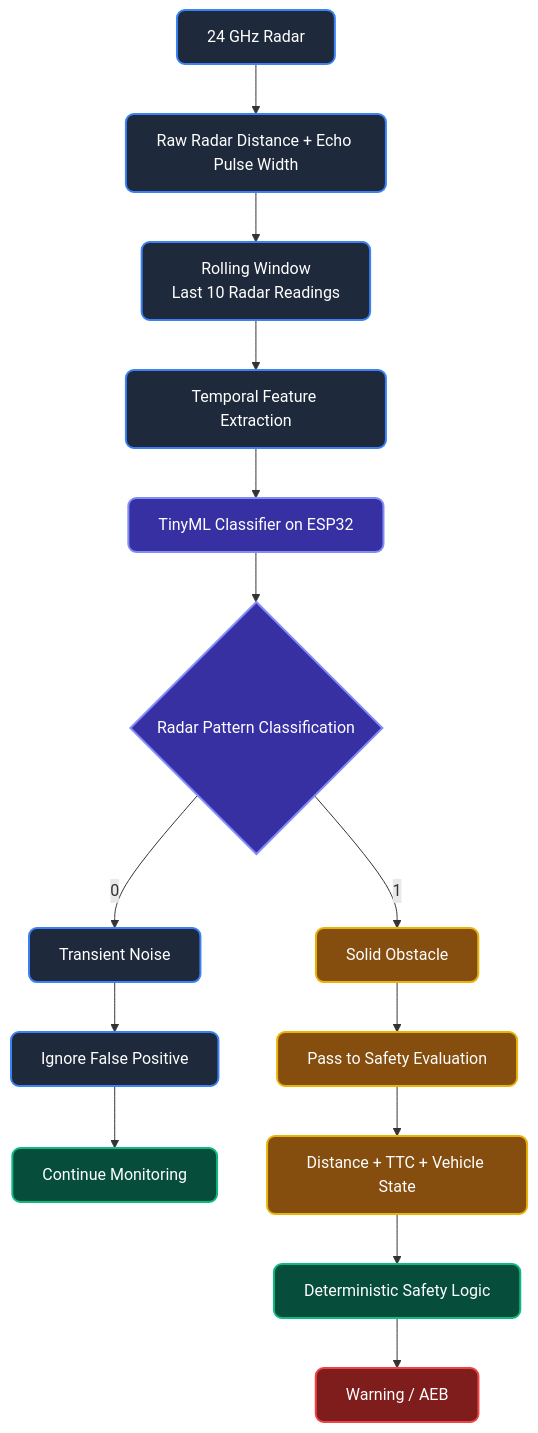
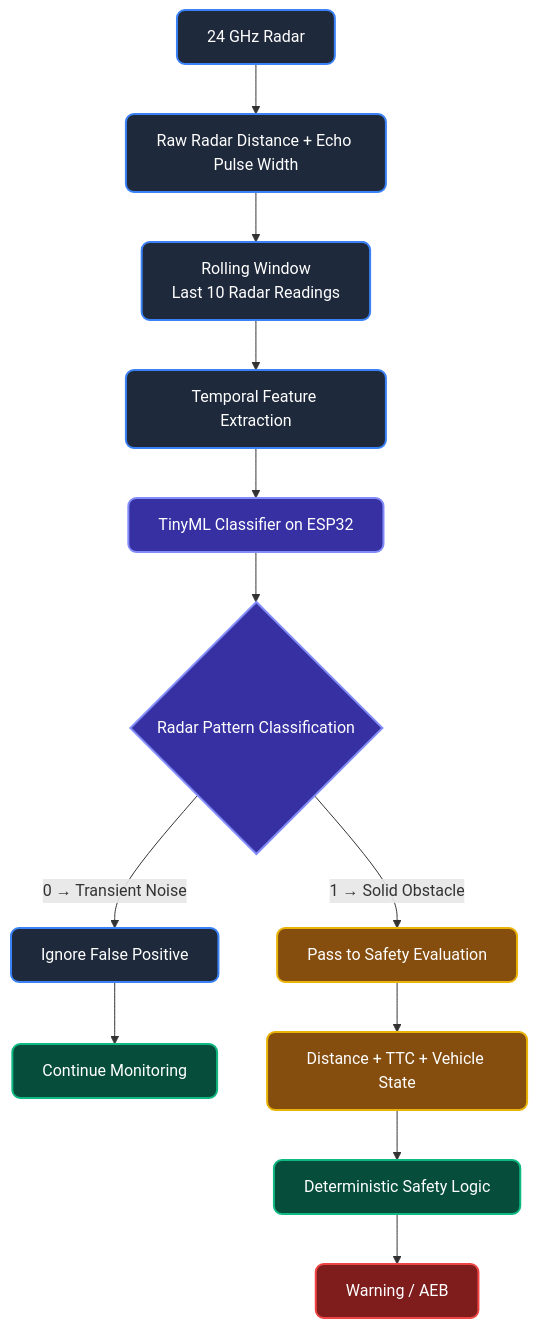
The third of 9 diagrams in AI_ML Integration/README.md (manasir747/Brainworks), drawn with Mermaid before and after one commit. The commit also changed other lines of this file, not shown here.

Commit message:
docs: update AI/ML architecture documentation with detailed Edge AI radar classification workflow

````diff
--- a/AI_ML Integration/README.md
+++ b/AI_ML Integration/README.md
@@ -43,25 +90,22 @@
 ```mermaid
 flowchart TD
     classDef normal fill:#1e293b,stroke:#3b82f6,stroke-width:2px,color:#fff,rx:8px,ry:8px;
     classDef warning fill:#854d0e,stroke:#eab308,stroke-width:2px,color:#fff,rx:8px,ry:8px;
     classDef danger fill:#7f1d1d,stroke:#ef4444,stroke-width:2px,color:#fff,rx:8px,ry:8px;
     classDef ai fill:#3730a3,stroke:#818cf8,stroke-width:2px,color:#fff,rx:8px,ry:8px;
     classDef logic fill:#064e3b,stroke:#10b981,stroke-width:2px,color:#fff,rx:8px,ry:8px;
 
     R[24 GHz Radar]:::normal --> RAW[Raw Radar Distance + Echo Pulse Width]:::normal
     RAW --> RW[Rolling Window\nLast 10 Radar Readings]:::normal
     RW --> FE[Temporal Feature Extraction]:::normal
     FE --> TINYML[TinyML Classifier on ESP32]:::ai
     
     TINYML --> CLASS{"Radar Pattern Classification"}:::ai
-    CLASS -->|0| NOISE[Transient Noise]:::normal
-    CLASS -->|1| SOLID[Solid Obstacle]:::warning
-    
-    NOISE --> IGNORE[Ignore False Positive]:::normal
+    CLASS -->|0 → Transient Noise| IGNORE[Ignore False Positive]:::normal
     IGNORE --> CM1[Continue Monitoring]:::logic
     
-    SOLID --> PASS[Pass to Safety Evaluation]:::warning
+    CLASS -->|1 → Solid Obstacle| PASS[Pass to Safety Evaluation]:::warning
     PASS --> STATE[Distance + TTC + Vehicle State]:::warning
     STATE --> DET[Deterministic Safety Logic]:::logic
     DET --> AEB[Warning / AEB]:::danger
 ```
````
